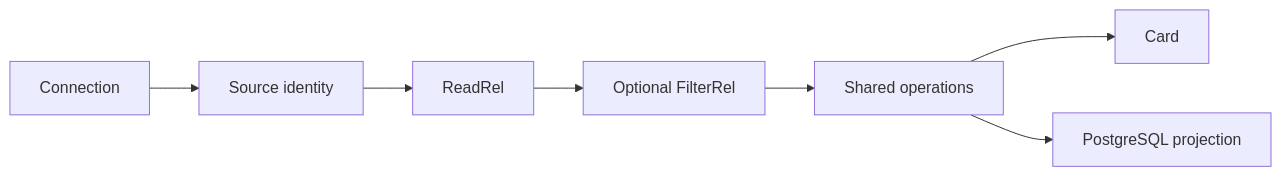
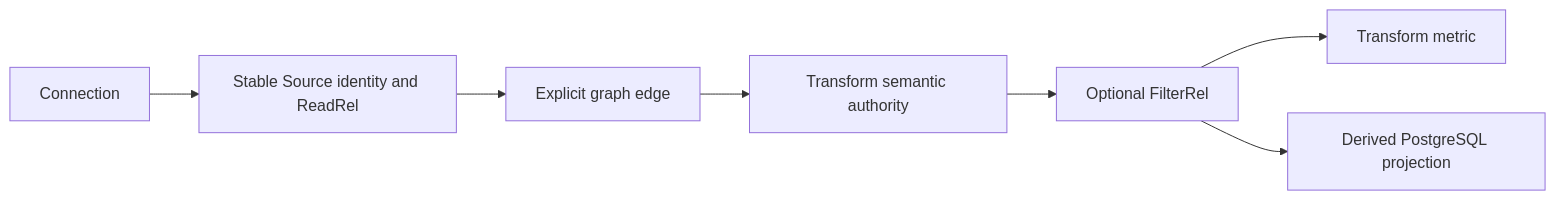
Before and after one commit to dunay2/dvt: the second of 2 diagrams in docs/planning/proposals/mandatory/frontend-and-ux/canvas-source-semantic-operations-plan-20260903.md, drawn with Mermaid. The commit also changed other lines of this file and 11 other files, not shown here.

Commit message:
fix(web): Keep Source semantics stable (#2918)

````diff
--- a/docs/planning/proposals/mandatory/frontend-and-ux/canvas-source-semantic-operations-plan-20260903.md
+++ b/docs/planning/proposals/mandatory/frontend-and-ux/canvas-source-semantic-operations-plan-20260903.md
@@ -47,6 +52,9 @@
 ```mermaid
 flowchart LR
-  Connection --> Source[Source identity] --> Read[ReadRel] --> Filter[Optional FilterRel]
-  Filter --> Project[Shared operations] --> Card
-  Project --> Preview[PostgreSQL projection]
+  Connection --> Source[Stable Source identity and ReadRel]
+  Source --> Edge[Explicit graph edge]
+  Edge --> Transform[Transform semantic authority]
+  Transform --> Filter[Optional FilterRel]
+  Filter --> Card[Transform metric]
+  Filter --> Preview[Derived PostgreSQL projection]
 ```
````
